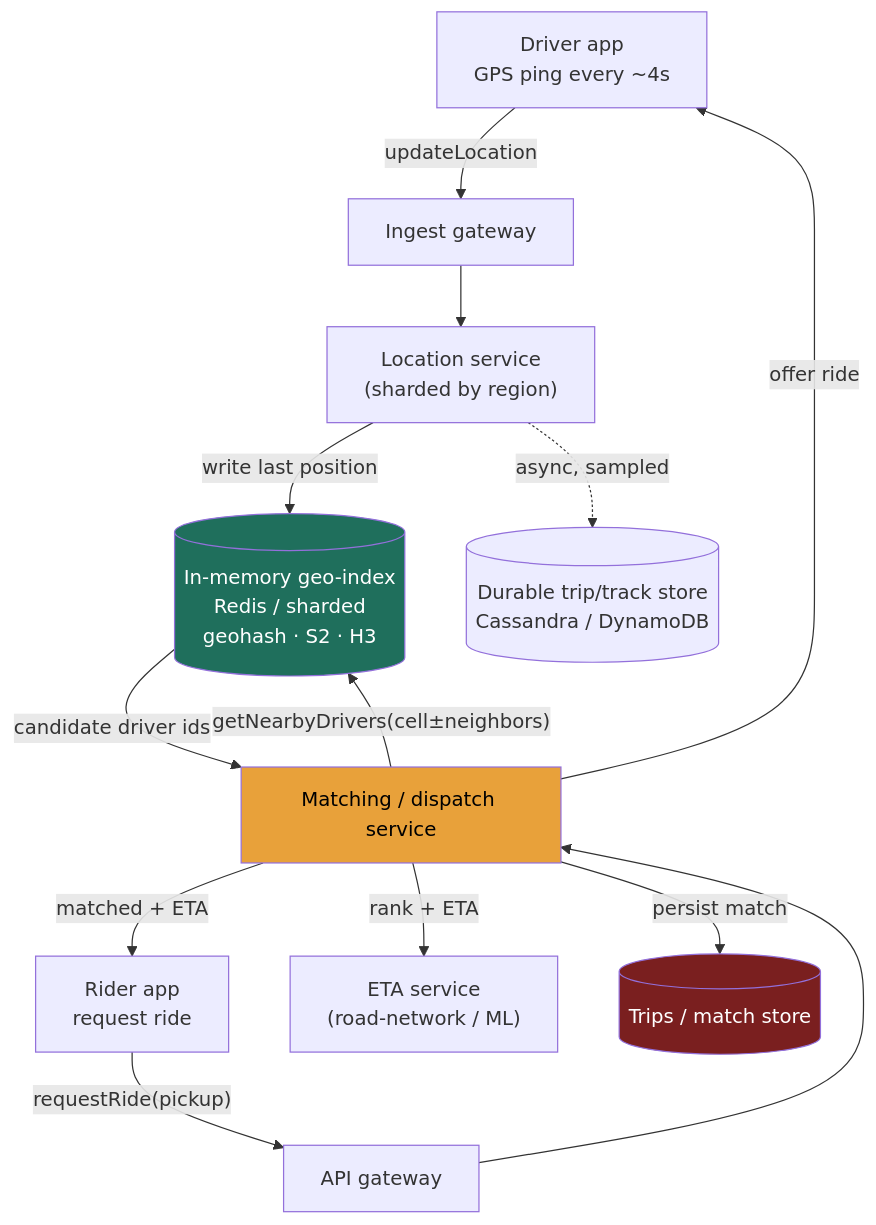
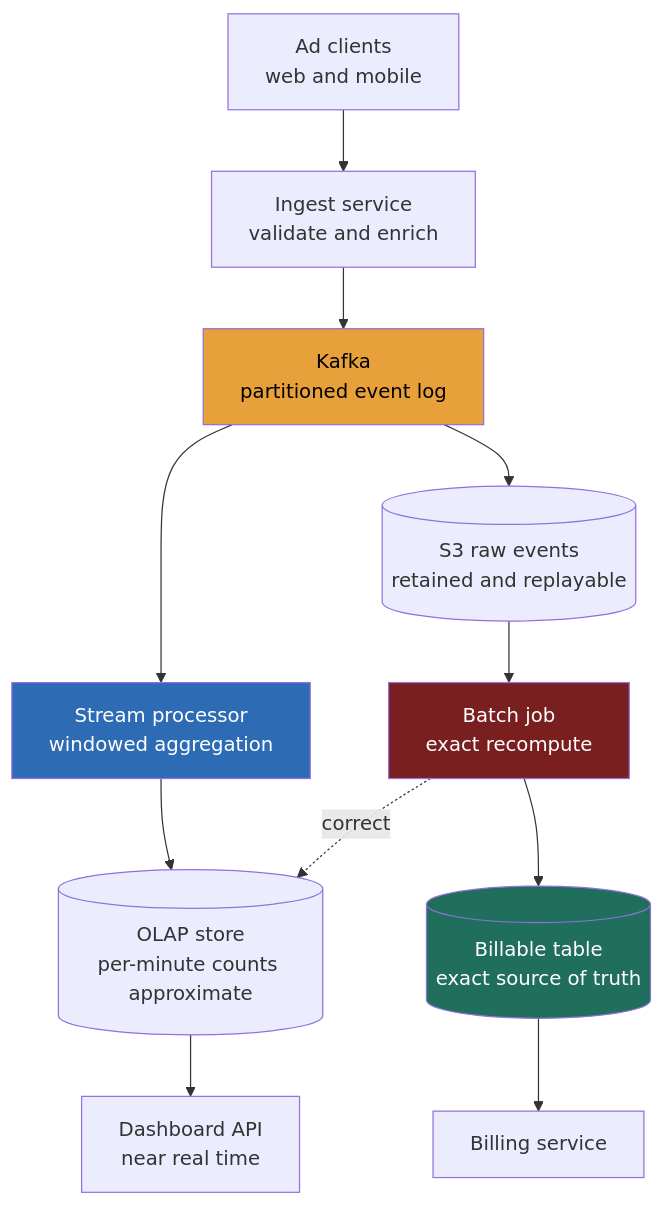
The diagram in src/content/docs/module-5/lesson-5-7.md (hkrathore/sysdesign-course), drawn with Mermaid before and after one commit. The commit also changed other lines of this file and 164 other files, not shown here.

````diff
--- a/src/content/docs/module-5/lesson-5-7.md
+++ b/src/content/docs/module-5/lesson-5-7.md
@@ -96,20 +111,21 @@
 ```mermaid
 flowchart TB
-    DRV["Driver app<br/>GPS ping every ~4s"] -->|"updateLocation"| LB1["Ingest gateway"]
-    LB1 --> LOC["Location service<br/>(sharded by region)"]
-    LOC -->|"write last position"| GIDX[("In-memory geo-index<br/>Redis / sharded<br/>geohash · S2 · H3")]
-    LOC -.->|"async, sampled"| TRACK[("Durable trip/track store<br/>Cassandra / DynamoDB")]
+    CLIENT["Ad clients<br/>web and mobile"] --> ING["Ingest service<br/>validate and enrich"]
+    ING --> LOG["Kafka<br/>partitioned event log"]
 
-    RDR["Rider app<br/>request ride"] -->|"requestRide(pickup)"| LB2["API gateway"]
-    LB2 --> MATCH["Matching / dispatch service"]
-    MATCH -->|"getNearbyDrivers(cell±neighbors)"| GIDX
-    GIDX -->|"candidate driver ids"| MATCH
-    MATCH -->|"rank + ETA"| ETA["ETA service<br/>(road-network / ML)"]
-    MATCH -->|"offer ride"| DRV
-    MATCH -->|"persist match"| DB[("Trips / match store")]
-    MATCH -->|"matched + ETA"| RDR
+    LOG --> STREAM["Stream processor<br/>windowed aggregation"]
+    STREAM --> OLAP[("OLAP store<br/>per-minute counts approximate")]
+    OLAP --> DASH["Dashboard API<br/>near real time"]
 
-    style GIDX fill:#1f6f5c,color:#fff
-    style MATCH fill:#e8a13a,color:#000
-    style DB fill:#7a1f1f,color:#fff
+    LOG --> S3[("S3 raw events<br/>retained and replayable")]
+    S3 --> BATCH["Batch job<br/>exact recompute"]
+    BATCH --> BILL[("Billable table<br/>exact source of truth")]
+    BILL --> INVOICE["Billing service"]
+
+    BATCH -.->|correct| OLAP
+
+    style LOG fill:#e8a13a,color:#000
+    style STREAM fill:#2d6cb5,color:#fff
+    style BATCH fill:#7a1f1f,color:#fff
+    style BILL fill:#1f6f5c,color:#fff
 ```
````
